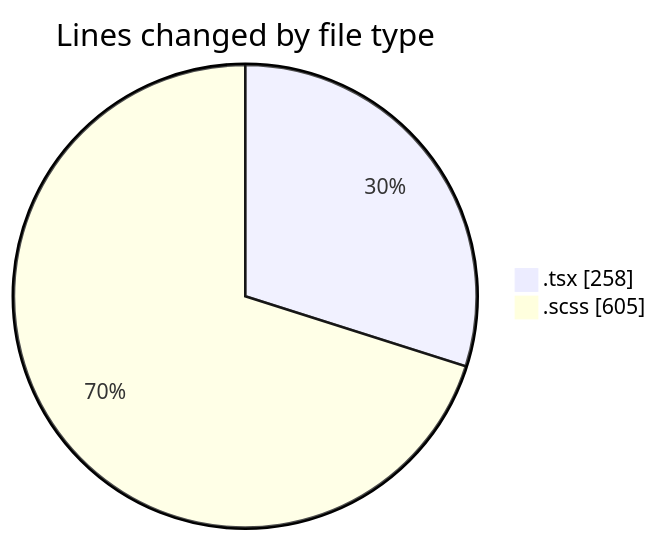
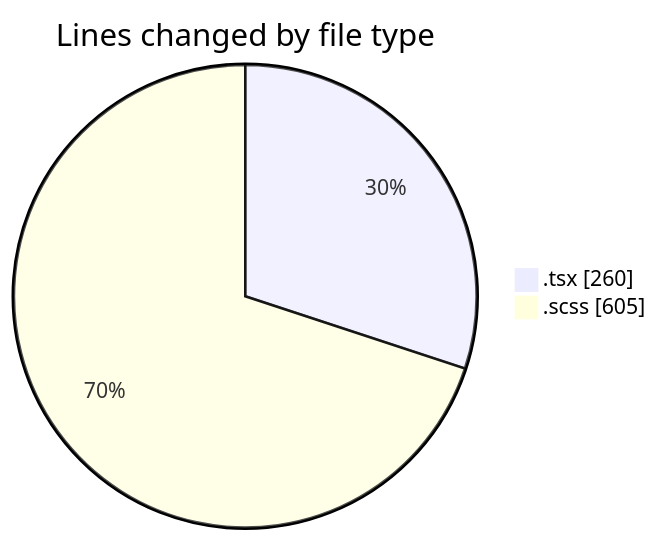
One commit to momahboobian/code-tracking changed the first of 2 diagrams in 2025-03-27/cda/README.md. Above: the diagram before and after it, drawn with Mermaid. The commit also changed other lines of this file and 1 other file, not shown here.

````diff
--- a/2025-03-27/cda/README.md
+++ b/2025-03-27/cda/README.md
@@ -21,6 +21,6 @@
 ```mermaid
 pie showData
 title Lines changed by file type
-".tsx" : 258
+".tsx" : 260
 ".scss" : 605
 ```
````
